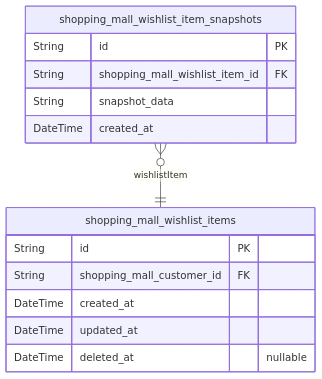
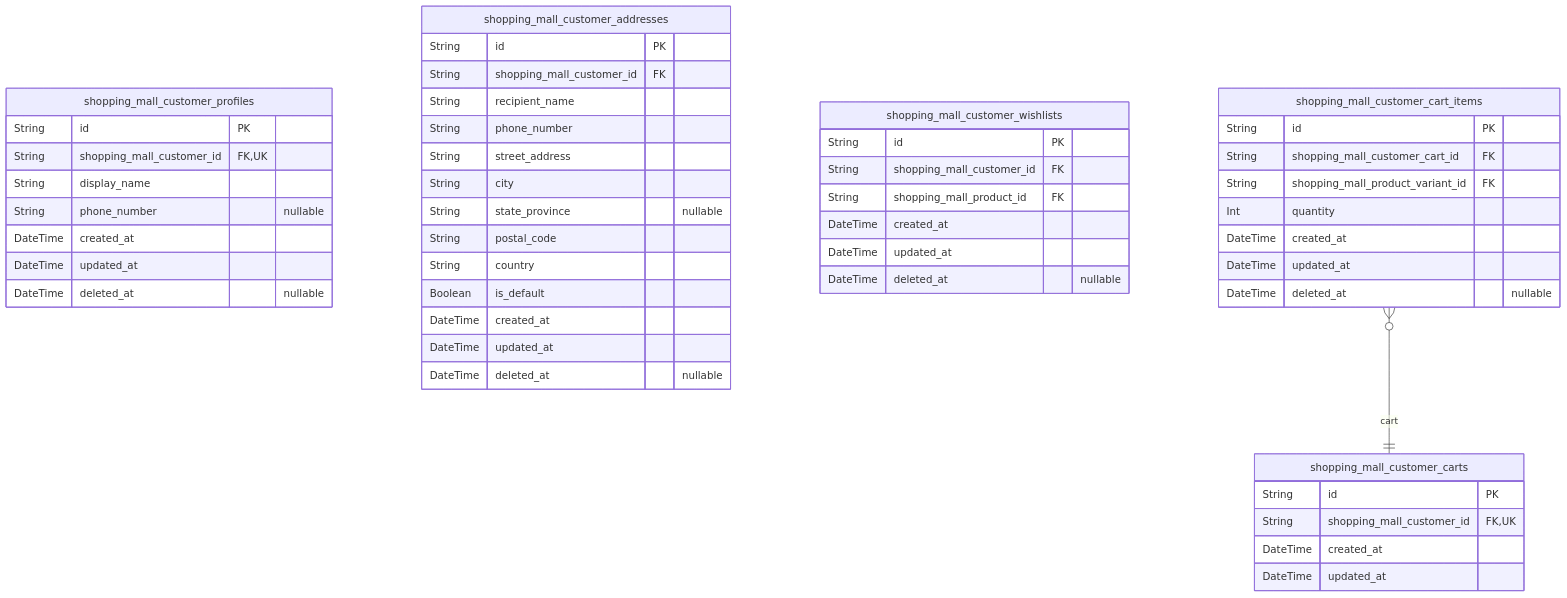
Before and after one commit to wrtnlabs/autobe-examples: the second of 10 diagrams in qwen/qwen3.5-27b/shopping/docs/ERD.md, drawn with Mermaid. The commit also changed other lines of this file and 32093 other files, not shown here.

````diff
--- a/qwen/qwen3.5-27b/shopping/docs/ERD.md
+++ b/qwen/qwen3.5-27b/shopping/docs/ERD.md
@@ -646,17 +872,51 @@
 ```mermaid
 erDiagram
-"shopping_mall_wishlist_items" {
+"shopping_mall_customer_profiles" {
   String id PK
-  String shopping_mall_customer_id FK
+  String shopping_mall_customer_id FK,UK
+  String display_name
+  String phone_number "nullable"
   DateTime created_at
   DateTime updated_at
   DateTime deleted_at "nullable"
 }
-"shopping_mall_wishlist_item_snapshots" {
+"shopping_mall_customer_addresses" {
   String id PK
-  String shopping_mall_wishlist_item_id FK
-  String snapshot_data
+  String shopping_mall_customer_id FK
+  String recipient_name
+  String phone_number
+  String street_address
+  String city
+  String state_province "nullable"
+  String postal_code
+  String country
+  Boolean is_default
   DateTime created_at
+  DateTime updated_at
+  DateTime deleted_at "nullable"
 }
-"shopping_mall_wishlist_item_snapshots" }o--|| "shopping_mall_wishlist_items" : wishlistItem
+"shopping_mall_customer_wishlists" {
+  String id PK
+  String shopping_mall_customer_id FK
+  String shopping_mall_product_id FK
+  DateTime created_at
+  DateTime updated_at
+  DateTime deleted_at "nullable"
+}
+"shopping_mall_customer_carts" {
+  String id PK
+  String shopping_mall_customer_id FK,UK
+  DateTime created_at
+  DateTime updated_at
+}
+"shopping_mall_customer_cart_items" {
+  String id PK
+  String shopping_mall_customer_cart_id FK
+  String shopping_mall_product_variant_id FK
+  Int quantity
+  DateTime created_at
+  DateTime updated_at
+  DateTime deleted_at "nullable"
+}
+"shopping_mall_customer_cart_items" }o--|| "shopping_mall_customer_carts" : cart
 ```
````
